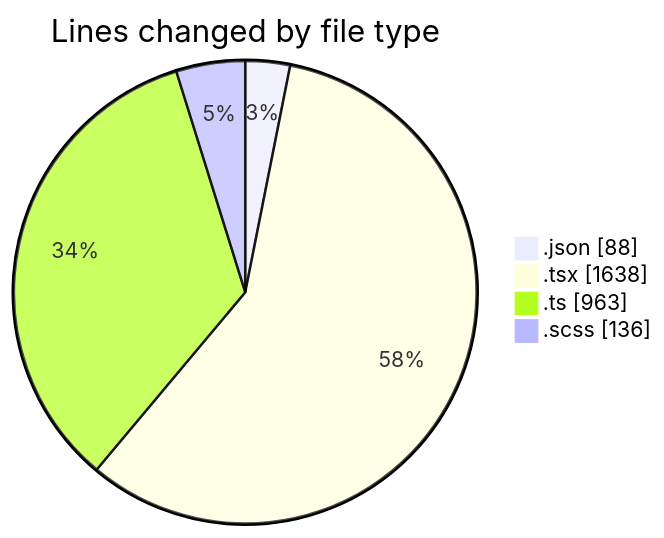
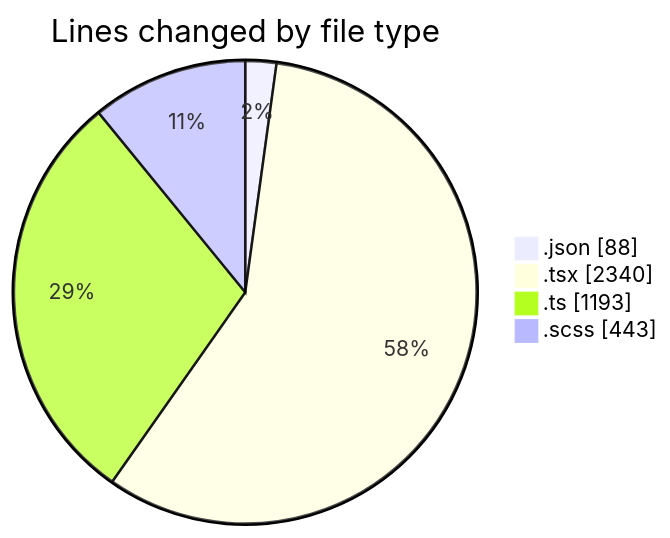
The first of 2 diagrams in 2026-10-22/cda/README.md (momahboobian/code-tracking), drawn with Mermaid before and after one commit. The commit also changed other lines of this file and 1 other file, not shown here.

````diff
--- a/2026-10-22/cda/README.md
+++ b/2026-10-22/cda/README.md
@@ -29,8 +30,8 @@
 ```mermaid
 pie showData
 title Lines changed by file type
 ".json" : 88
-".tsx" : 1638
-".ts" : 963
-".scss" : 136
+".tsx" : 2340
+".ts" : 1193
+".scss" : 443
 ```
````
